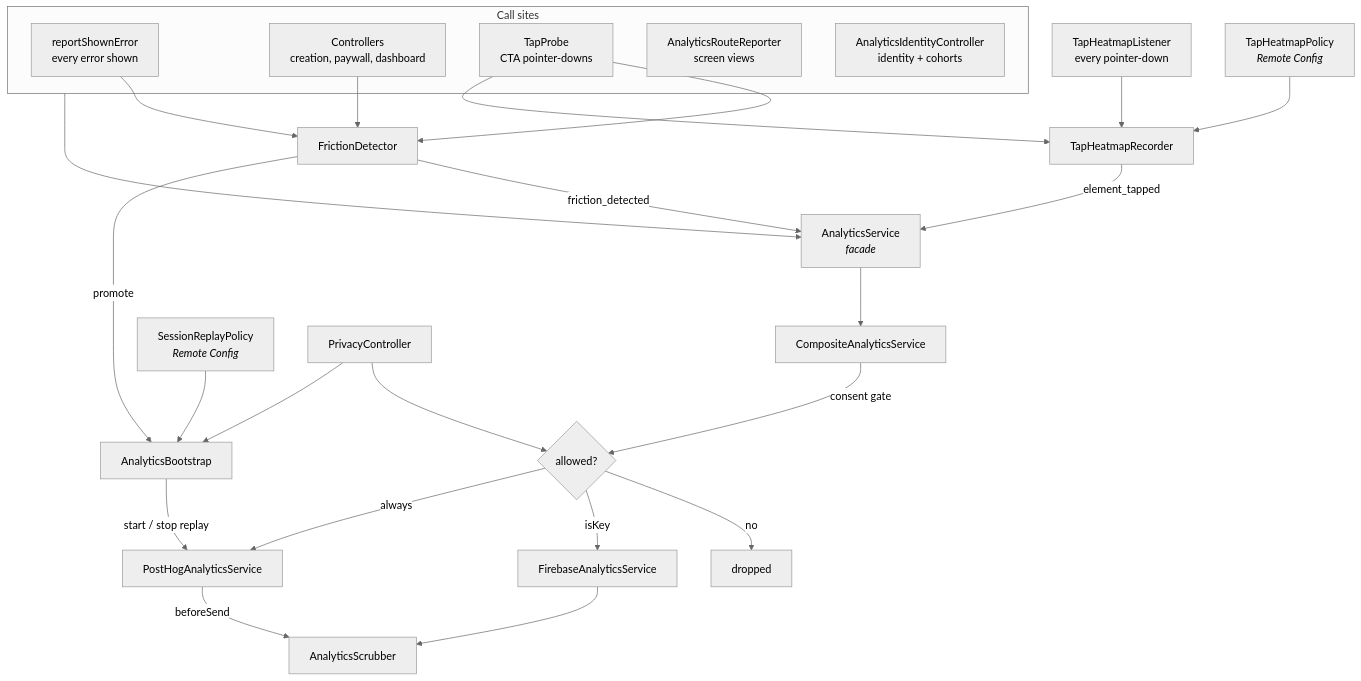
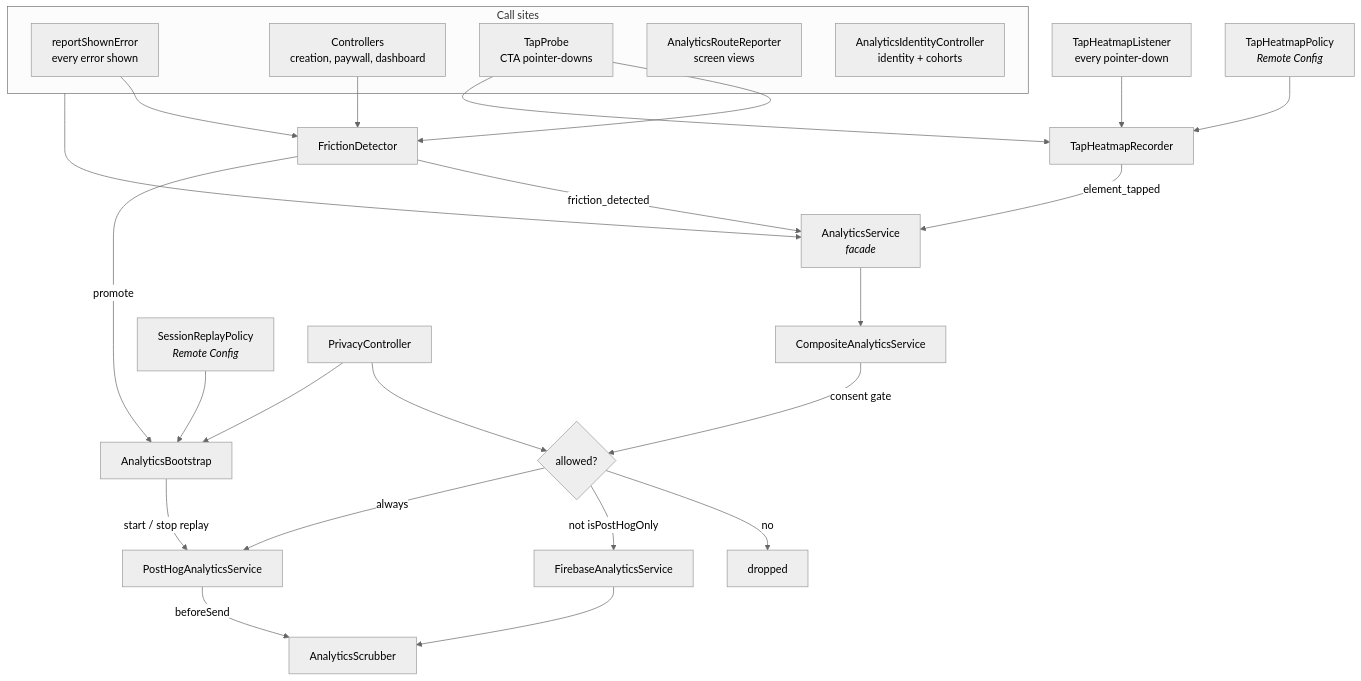
Before and after one commit to lucas-242/kazi: the diagram in packages/kazi/lib/core/services/data/analytics/README.md, drawn with Mermaid (neutral theme). The commit also changed other lines of this file and 4 other files, not shown here.

First line of the commit message:
feat: send every analytics event to Firebase

````diff
--- a/packages/kazi/lib/core/services/data/analytics/README.md
+++ b/packages/kazi/lib/core/services/data/analytics/README.md
@@ -22,35 +24,35 @@
 ```mermaid
 flowchart TD
     subgraph callers[Call sites]
         BN[reportShownError<br/>every error shown]
         CTRL[Controllers<br/>creation, paywall, dashboard]
         TP[TapProbe<br/>CTA pointer-downs]
         RR[AnalyticsRouteReporter<br/>screen views]
         IC[AnalyticsIdentityController<br/>identity + cohorts]
     end
 
     callers --> FACADE[AnalyticsService<br/><i>facade</i>]
     FACADE --> COMP[CompositeAnalyticsService]
 
     COMP -->|consent gate| GATE{allowed?}
     GATE -->|no| DROP[dropped]
-    GATE -->|isKey| FB[FirebaseAnalyticsService]
+    GATE -->|not isPostHogOnly| FB[FirebaseAnalyticsService]
     GATE -->|always| PH[PostHogAnalyticsService]
 
     FB --> SCRUB1[AnalyticsScrubber]
     PH -->|beforeSend| SCRUB1
 
     BN --> FD[FrictionDetector]
     TP --> FD
     CTRL --> FD
     FD -->|friction_detected| FACADE
     FD -->|promote| AB[AnalyticsBootstrap]
     AB -->|start / stop replay| PH
     SRP[SessionReplayPolicy<br/><i>Remote Config</i>] --> AB
     TP --> THR[TapHeatmapRecorder]
     THL[TapHeatmapListener<br/>every pointer-down] --> THR
     THP[TapHeatmapPolicy<br/><i>Remote Config</i>] --> THR
     THR -->|element_tapped| FACADE
     PC[PrivacyController] --> GATE
     PC --> AB
 ```
````
